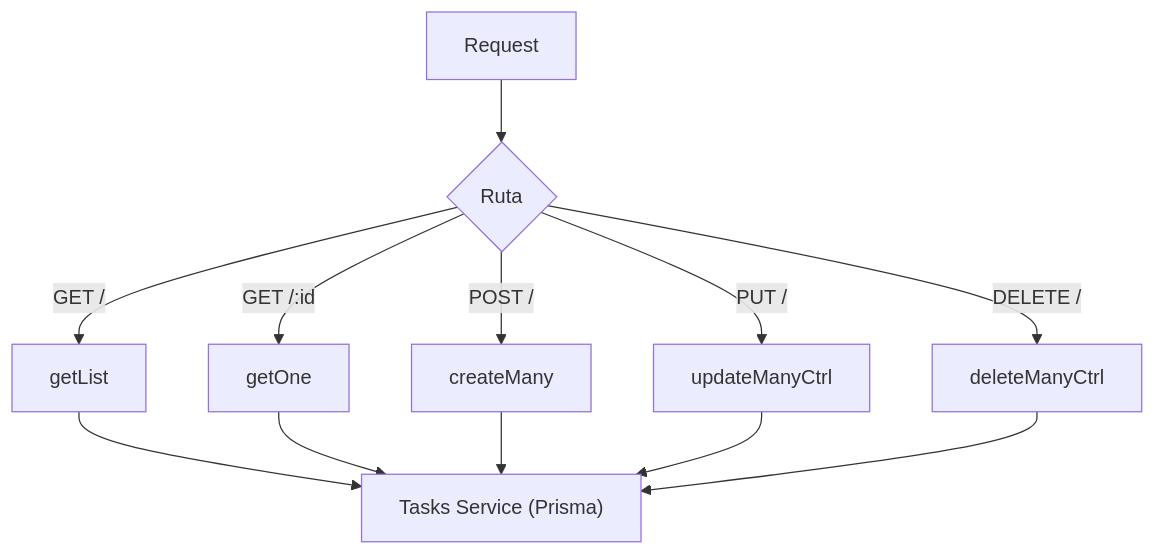
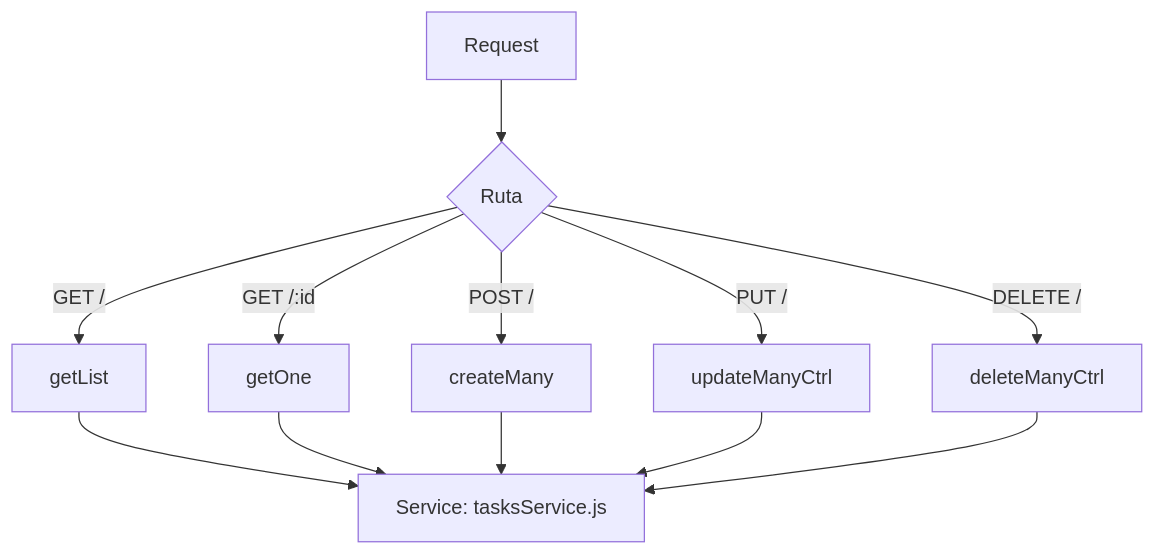
Before and after one commit to JosueSay/study-task-insights: the diagram in docs/code/controllers/tasksController.md, drawn with Mermaid. The commit also changed other lines of this file and 2 other files, not shown here.

Commit message:
fix(docs) correción estándar documentación para tabla principal sobre tasks

````diff
--- a/docs/code/controllers/tasksController.md
+++ b/docs/code/controllers/tasksController.md
@@ -39,10 +70,10 @@
 ```mermaid
 flowchart TD
   A[Request] --> B{Ruta}
   B -->|GET /| C[getList]
   B -->|GET /:id| D[getOne]
   B -->|POST /| E[createMany]
   B -->|PUT /| F[updateManyCtrl]
   B -->|DELETE /| G[deleteManyCtrl]
-  C & D & E & F & G --> H[Tasks Service #40;Prisma#41;]
+  C & D & E & F & G --> H[Service: tasksService.js]
 ```
````
